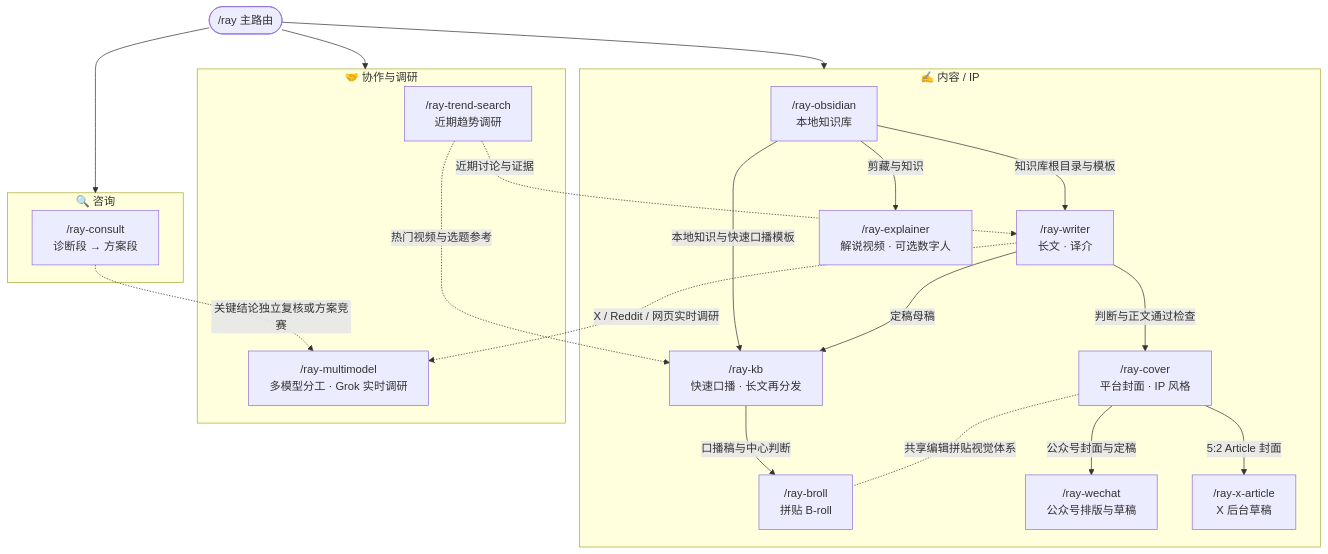
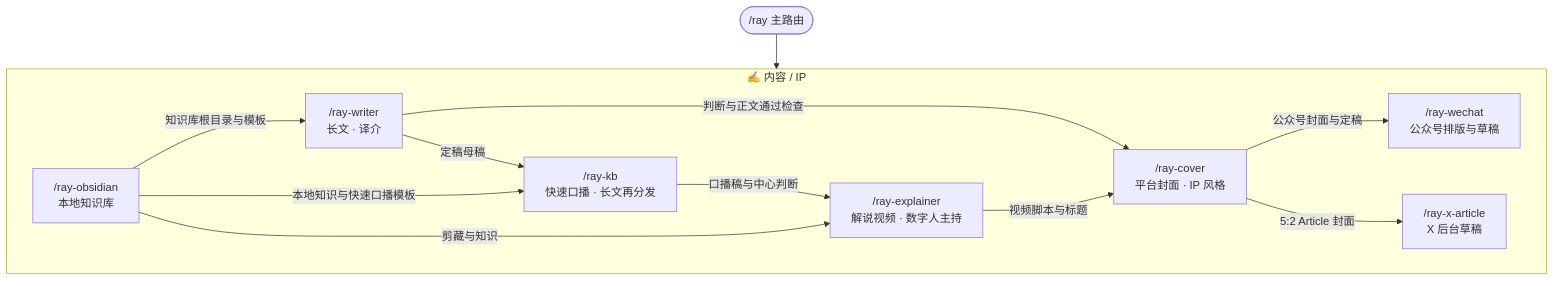
One commit to imraywang/rayskills changed the diagram in docs/skill-link-map.md. Above: the diagram before and after it, drawn with Mermaid. The commit also changed other lines of this file and 83 other files, not shown here.

First line of the commit message:
v4 精简：consult / multimodel / trend-search / broll 移到 ray-skills，文档对齐现状

````diff
--- a/docs/skill-link-map.md
+++ b/docs/skill-link-map.md
@@ -5,40 +5,26 @@
 ```mermaid
 flowchart TD
     RAY(["/ray 主路由"])
 
     subgraph CONTENT["✍️ 内容 / IP"]
         OBSIDIAN["/ray-obsidian\n本地知识库"]
         WRITER["/ray-writer\n长文 · 译介"]
         KB["/ray-kb\n快速口播 · 长文再分发"]
         COVER["/ray-cover\n平台封面 · IP 风格"]
-        BROLL["/ray-broll\n拼贴 B-roll"]
-        EXPLAINER["/ray-explainer\n解说视频 · 可选数字人"]
+        EXPLAINER["/ray-explainer\n解说视频 · 数字人主持"]
         WECHAT["/ray-wechat\n公众号排版与草稿"]
         XARTICLE["/ray-x-article\nX 后台草稿"]
     end
-    subgraph CONSULT["🔍 咨询"]
-        CONSULTSKILL["/ray-consult\n诊断段 → 方案段"]
-    end
-    subgraph COLLAB["🤝 协作与调研"]
-        MULTI["/ray-multimodel\n多模型分工 · Grok 实时调研"]
-        TREND["/ray-trend-search\n近期趋势调研"]
-    end
-
-    RAY --> CONTENT & CONSULT & COLLAB
+    RAY --> CONTENT
 
     %% 常见衔接
     OBSIDIAN -->|知识库根目录与模板| WRITER
     OBSIDIAN -->|本地知识与快速口播模板| KB
     WRITER -->|判断与正文通过检查| COVER
     WRITER -->|定稿母稿| KB
-    KB -->|口播稿与中心判断| BROLL
+    KB -->|口播稿与中心判断| EXPLAINER
     COVER -->|公众号封面与定稿| WECHAT
     COVER -->|5:2 Article 封面| XARTICLE
-    COVER -.-|共享编辑拼贴视觉体系| BROLL
+    EXPLAINER -->|视频脚本与标题| COVER
     OBSIDIAN -->|剪藏与知识| EXPLAINER
-
-    WRITER -.->|X / Reddit / 网页实时调研| MULTI
-    TREND -.->|近期讨论与证据| WRITER
-    TREND -.->|热门视频与选题参考| KB
-    CONSULTSKILL -.->|关键结论独立复核或方案竞赛| MULTI
 ```
````
